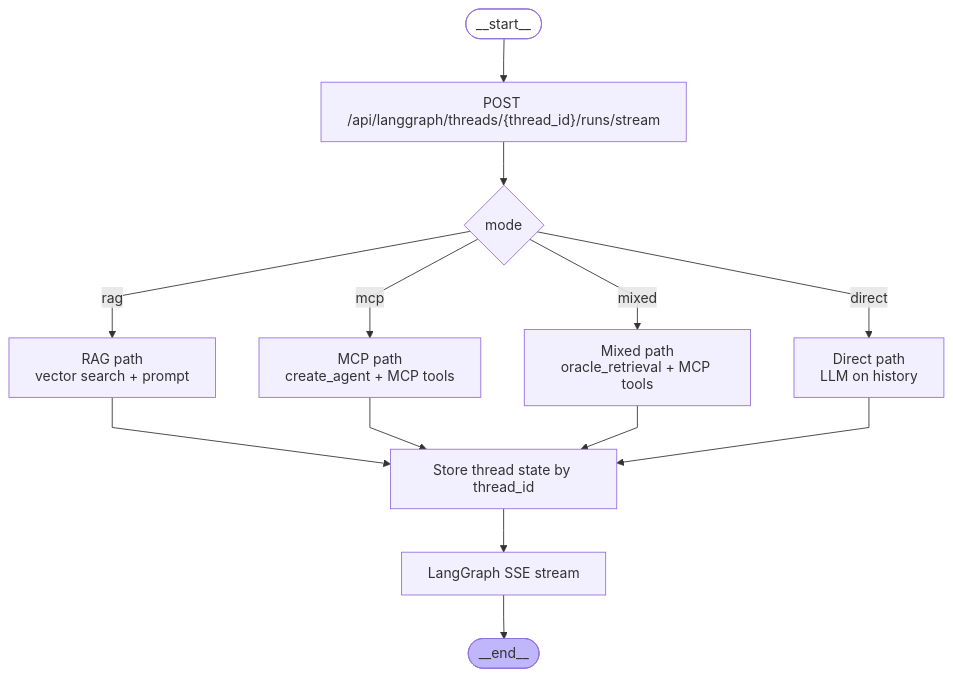
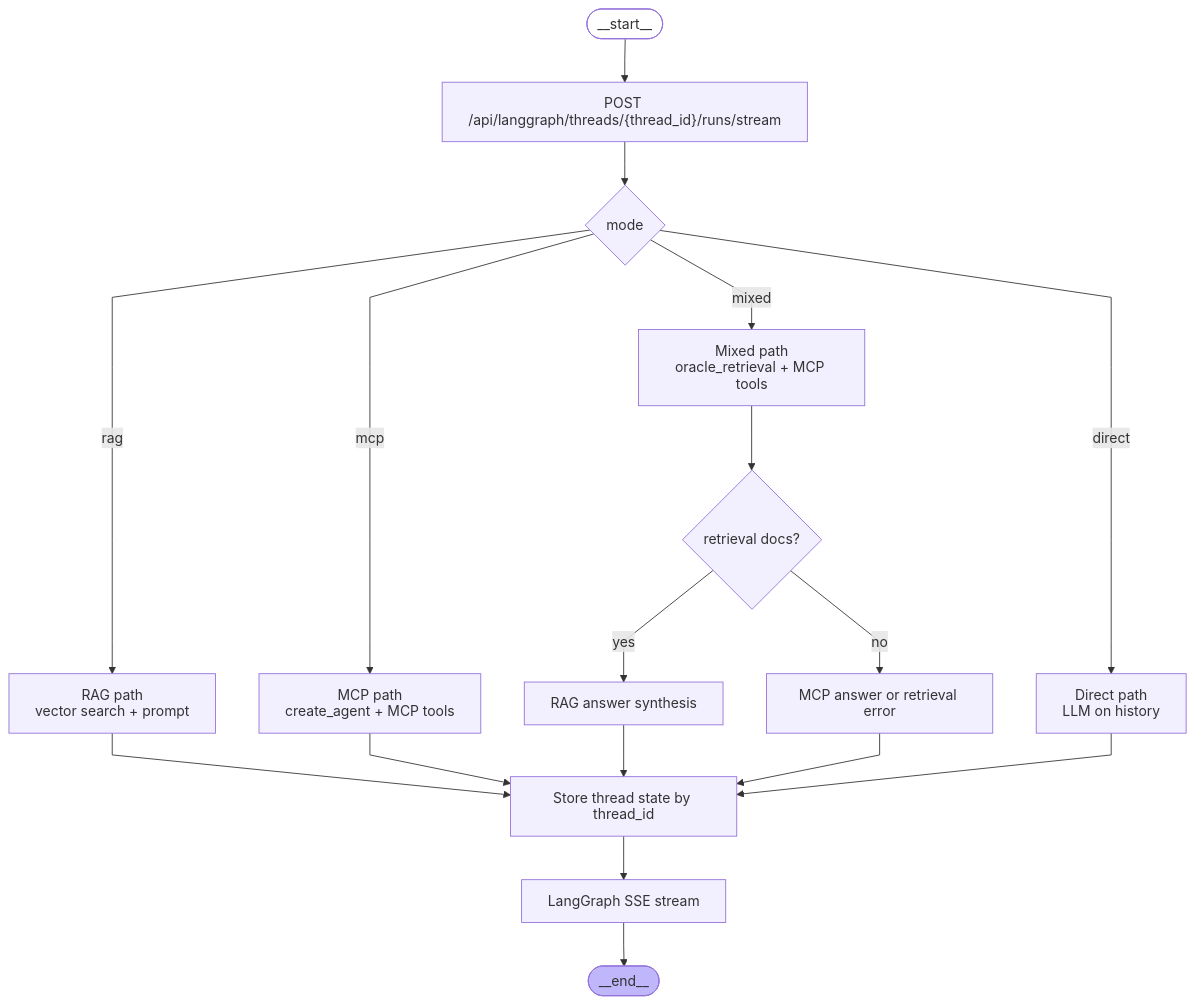
Before and after one commit to varunyn/Oracle-26ai-LangChain-RAG: the first of 2 diagrams in docs/README.md, drawn with Mermaid. The commit also changed other lines of this file and 18 other files, not shown here.

````diff
--- a/docs/README.md
+++ b/docs/README.md
@@ -35,33 +35,40 @@
 ```mermaid
 ---
 config:
   flowchart:
     curve: linear
 ---
 graph TD;
     __start__([<p>__start__</p>]):::first
     ChatRequest["POST /api/langgraph/threads/{thread_id}/runs/stream"]
     Mode{"mode"}
     RAG["RAG path<br/>vector search + prompt"]
     MCP["MCP path<br/>create_agent + MCP tools"]
     Mixed["Mixed path<br/>oracle_retrieval + MCP tools"]
+    MixedDocs{"retrieval docs?"}
+    MixedRAG["RAG answer synthesis"]
+    MixedMCP["MCP answer or retrieval error"]
     Direct["Direct path<br/>LLM on history"]
     Persist["Store thread state by thread_id"]
     Stream["LangGraph SSE stream"]
     __end__([<p>__end__</p>]):::last
     __start__ --> ChatRequest
     ChatRequest --> Mode
     Mode -->|rag| RAG
     Mode -->|mcp| MCP
     Mode -->|mixed| Mixed
+    Mixed --> MixedDocs
+    MixedDocs -->|yes| MixedRAG
+    MixedDocs -->|no| MixedMCP
     Mode -->|direct| Direct
     RAG --> Persist
     MCP --> Persist
-    Mixed --> Persist
+    MixedRAG --> Persist
+    MixedMCP --> Persist
     Direct --> Persist
     Persist --> Stream
     Stream --> __end__
     classDef default fill:#f2f0ff,line-height:1.2
     classDef first fill-opacity:0
     classDef last fill:#bfb6fc
 ```
````
